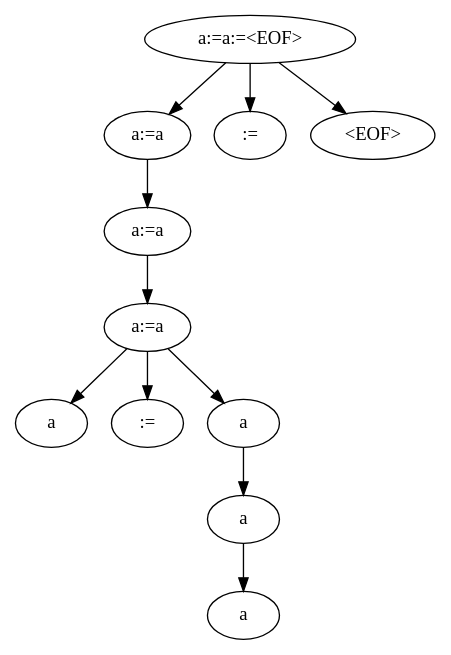
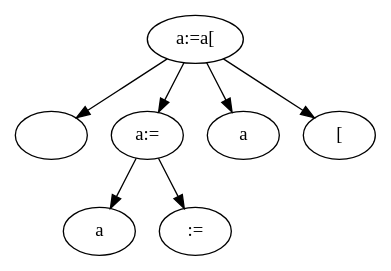
The diagram in output.dot (Mcklmo/Simplified-GPL-Syntax-Compiler-P4-Project-AAU-), drawn with Graphviz before and after one commit. The commit also changed 13 other files, not shown here.

```diff
--- a/output.dot
+++ b/output.dot
@@ -1,23 +1,15 @@
 digraph G {
-n0 [label="a:=a:=<EOF>"];
-n1 [label="a:=a"];
+n0 [label="a:=a["];
+n1 [label=""];
 n0 -> n1;
-n2 [label="a:=a"];
-n1 -> n2;
-n3 [label="a:=a"];
+n2 [label="a:="];
+n0 -> n2;
+n3 [label="a"];
 n2 -> n3;
-n4 [label="a"];
-n3 -> n4;
-n5 [label=":="];
-n3 -> n5;
-n6 [label="a"];
-n3 -> n6;
-n7 [label="a"];
-n6 -> n7;
-n8 [label="a"];
-n7 -> n8;
-n9 [label=":="];
-n0 -> n9;
-n10 [label="<EOF>"];
-n0 -> n10;
+n4 [label=":="];
+n2 -> n4;
+n5 [label="a"];
+n0 -> n5;
+n6 [label="["];
+n0 -> n6;
 }
```
